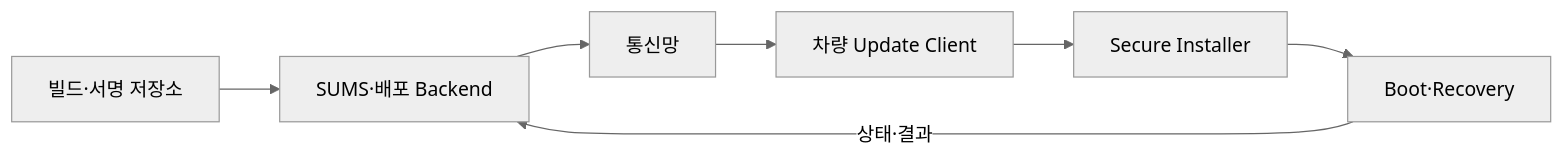
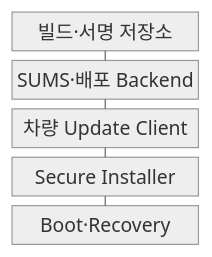
Before and after one commit to agnusdei1207/knowledge-base: the first of 2 diagrams in src/content/docs/notes/08-latest-tech/205_ota_update.md, drawn with Mermaid (neutral theme). The commit also changed other lines of this file and 23 other files, not shown here.

````diff
--- a/src/content/docs/notes/08-latest-tech/205_ota_update.md
+++ b/src/content/docs/notes/08-latest-tech/205_ota_update.md
@@ -50,11 +50,13 @@
 ```mermaid
-flowchart LR
-  R["빌드·서명 저장소"]
-  S["SUMS·배포 Backend"]
-  T["통신망"]
-  U["차량 Update Client"]
-  I["Secure Installer"]
-  B["Boot·Recovery"]
-  R --> S --> T --> U --> I --> B
-  B -->|"상태·결과"| S
+block-beta
+  columns 1
+  repo["빌드·서명 저장소"]
+  backend["SUMS·배포 Backend"]
+  client["차량 Update Client"]
+  installer["Secure Installer"]
+  recovery["Boot·Recovery"]
+  repo --- backend
+  backend --- client
+  client --- installer
+  installer --- recovery
 ```
````
